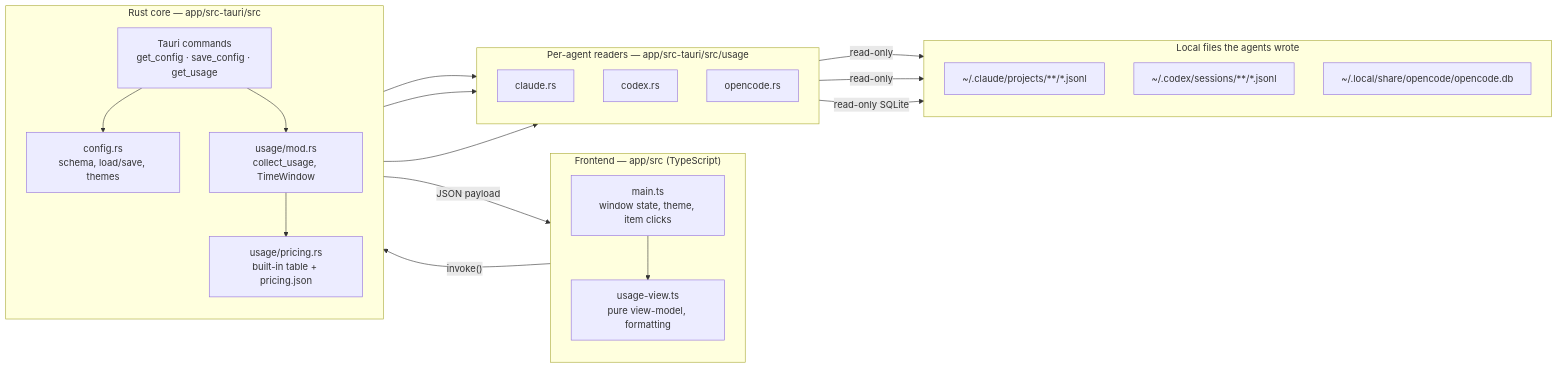
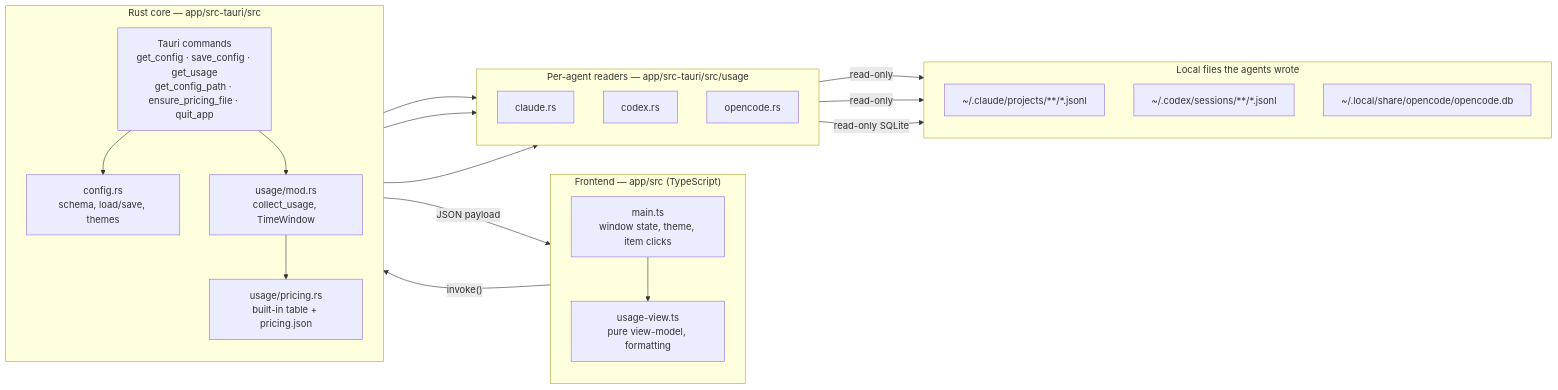
The diagram in docs/architecture.md (montesgp/hotbar), drawn with Mermaid before and after one commit. The commit also changed other lines of this file and 4 other files, not shown here.

````diff
--- a/docs/architecture.md
+++ b/docs/architecture.md
@@ -12,40 +13,40 @@
 ```mermaid
 flowchart LR
   subgraph FE["Frontend — app/src (TypeScript)"]
     direction TB
     MAIN["main.ts<br/>window state, theme, item clicks"]
     VIEW["usage-view.ts<br/>pure view-model, formatting"]
     MAIN --> VIEW
   end
   subgraph BE["Rust core — app/src-tauri/src"]
     direction TB
-    CMD["Tauri commands<br/>get_config · save_config · get_usage"]
+    CMD["Tauri commands<br/>get_config · save_config · get_usage<br/>get_config_path · ensure_pricing_file · quit_app"]
     CFG["config.rs<br/>schema, load/save, themes"]
     USAGE["usage/mod.rs<br/>collect_usage, TimeWindow"]
     PRICE["usage/pricing.rs<br/>built-in table + pricing.json"]
     CMD --> CFG
     CMD --> USAGE
     USAGE --> PRICE
   end
   subgraph READERS["Per-agent readers — app/src-tauri/src/usage"]
     direction TB
     RC["claude.rs"]
     RX["codex.rs"]
     RO["opencode.rs"]
   end
   subgraph SRC["Local files the agents wrote"]
     direction TB
     CC["~/.claude/projects/**/*.jsonl"]
     CX["~/.codex/sessions/**/*.jsonl"]
     OP["~/.local/share/opencode/opencode.db"]
   end
 
   MAIN -->|"invoke()"| CMD
   USAGE --> RC
   USAGE --> RX
   USAGE --> RO
   RC -->|"read-only"| CC
   RX -->|"read-only"| CX
   RO -->|"read-only SQLite"| OP
   CMD -->|"JSON payload"| MAIN
 ```
````
